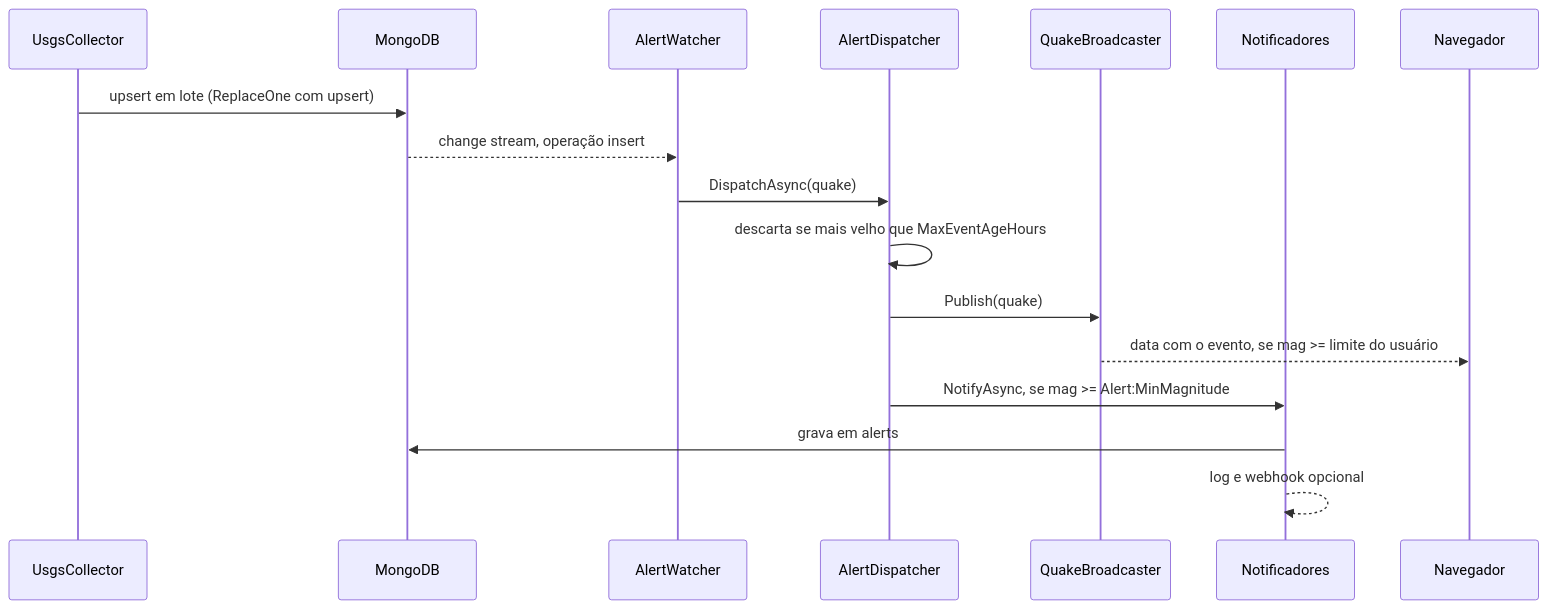
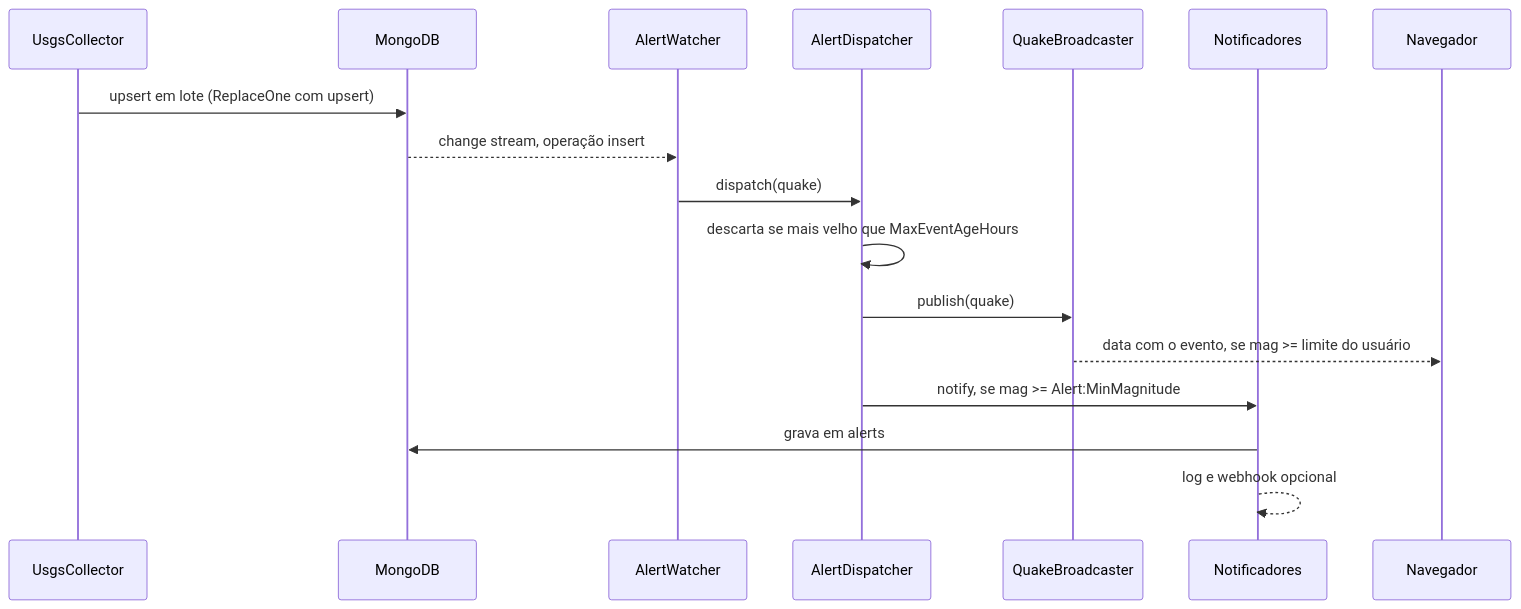
The second of 3 diagrams in README.md (ariwired/quake-radar), drawn with Mermaid before and after one commit. The commit also changed other lines of this file and 2 other files, not shown here.

````diff
--- a/README.md
+++ b/README.md
@@ -112,20 +114,20 @@
 ```mermaid
 sequenceDiagram
     participant C as UsgsCollector
     participant M as MongoDB
     participant W as AlertWatcher
     participant D as AlertDispatcher
     participant B as QuakeBroadcaster
     participant N as Notificadores
     participant U as Navegador
 
     C->>M: upsert em lote (ReplaceOne com upsert)
     M-->>W: change stream, operação insert
-    W->>D: DispatchAsync(quake)
+    W->>D: dispatch(quake)
     D->>D: descarta se mais velho que MaxEventAgeHours
-    D->>B: Publish(quake)
+    D->>B: publish(quake)
     B-->>U: data com o evento, se mag >= limite do usuário
-    D->>N: NotifyAsync, se mag >= Alert:MinMagnitude
+    D->>N: notify, se mag >= Alert:MinMagnitude
     N->>M: grava em alerts
     N-->>N: log e webhook opcional
 ```
````
